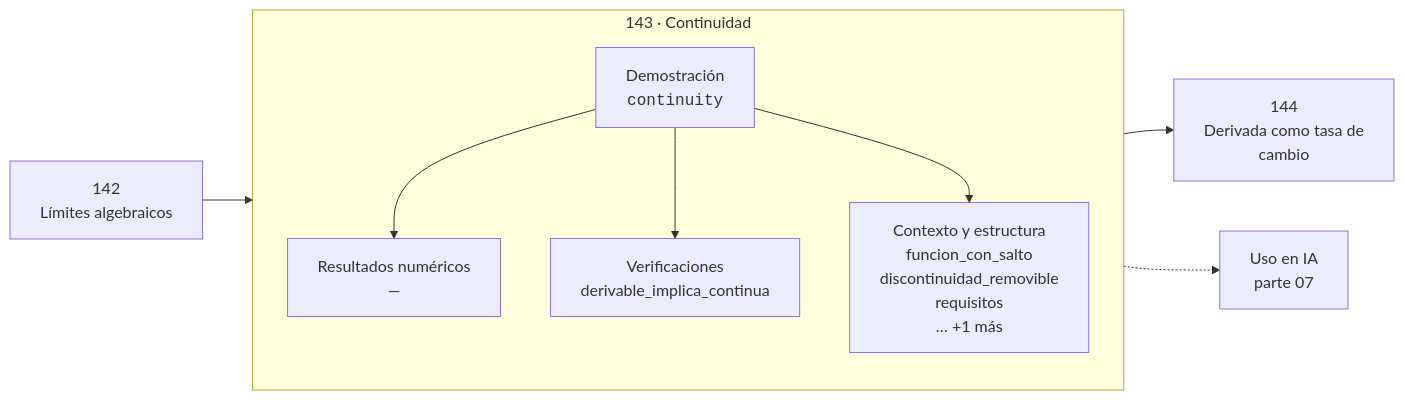
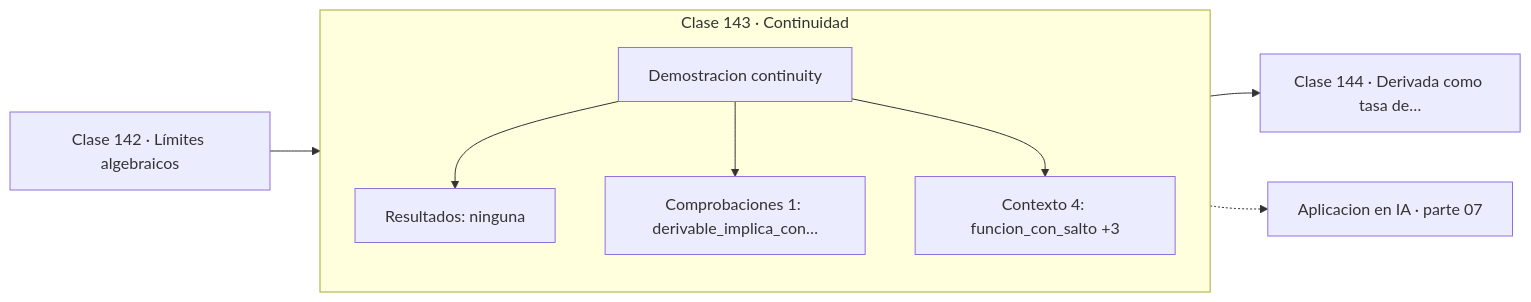
One commit to vladimiracunadev-create/computational-mathematics-program changed the diagram in classes/part-07-calculo-diferencial-e-integral/143-continuidad/README.md. Above: the diagram before and after it, drawn with Mermaid. The commit also changed 389 other files, not shown here.

First line of the commit message:
fix(diagramas): elimina el HTML de las etiquetas Mermaid

````diff
--- a/classes/part-07-calculo-diferencial-e-integral/143-continuidad/README.md
+++ b/classes/part-07-calculo-diferencial-e-integral/143-continuidad/README.md
@@ -30,12 +30,13 @@
 ```mermaid
 flowchart LR
-    P["142<br/>Límites algebraicos"] --> C
-    subgraph C["143 · Continuidad"]
+    P["Clase 142 · Límites algebraicos"] --> D
+    subgraph CLASE["Clase 143 · Continuidad"]
         direction TB
-        D["Demostración<br/><code>continuity</code>"] --> R["Resultados numéricos<br/>—"]
-        D --> V["Verificaciones<br/>derivable_implica_continua"]
-        D --> O["Contexto y estructura<br/>funcion_con_salto<br/>discontinuidad_removible<br/>requisitos<br/>… +1 más"]
+        D["Demostracion continuity"]
+        D --> R["Resultados: ninguna"]
+        D --> V["Comprobaciones 1: derivable_implica_con…"]
+        D --> O["Contexto 4: funcion_con_salto +3"]
     end
-    C --> N["144<br/>Derivada como tasa de<br/>cambio"]
-    C -.-> IA["Uso en IA<br/>parte 07"]
+    R --> N["Clase 144 · Derivada como tasa de…"]
+    V -.-> IA["Aplicacion en IA · parte 07"]
 ```
````
